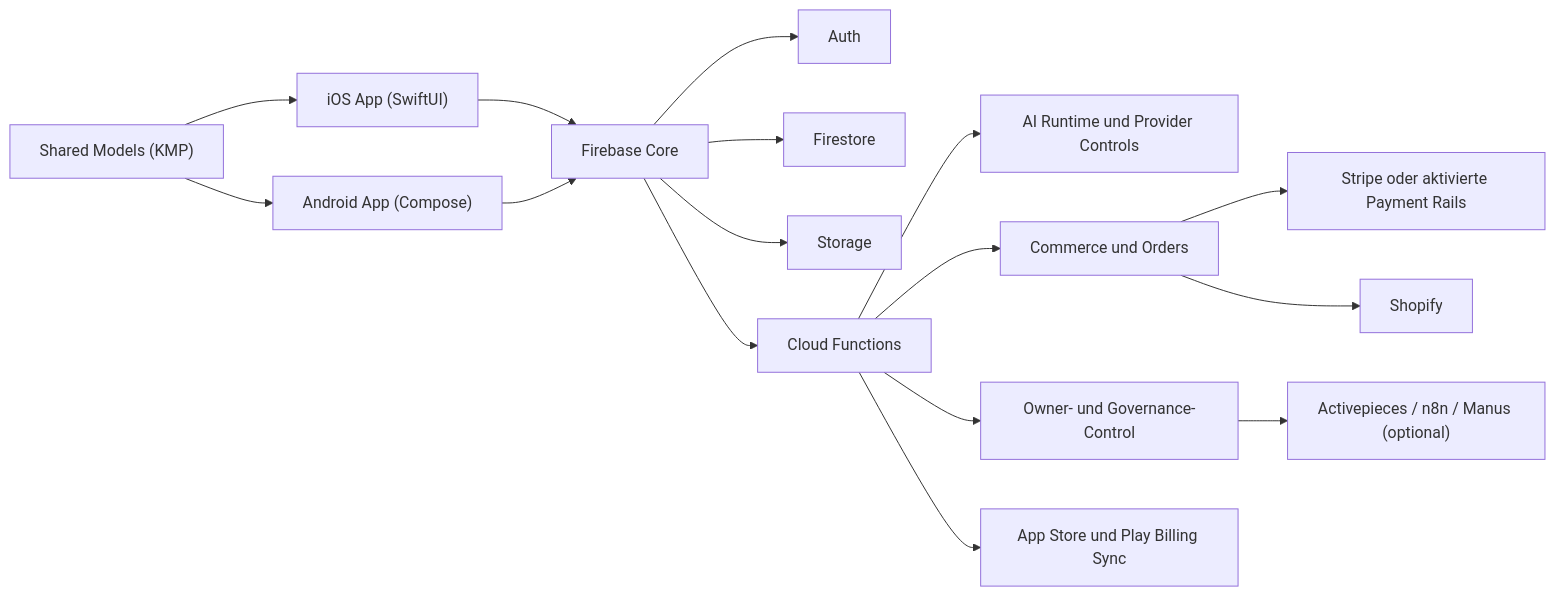
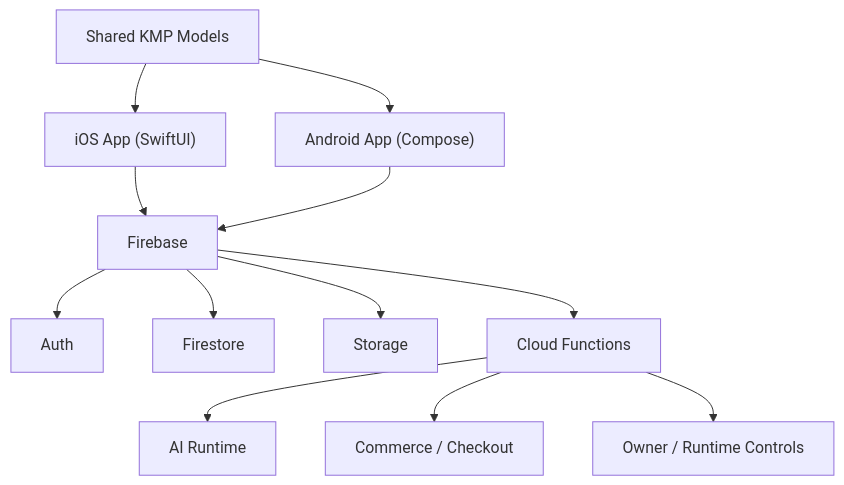
One commit to Yang-D-Nash/SkyOS-Readme-Public changed the fifth of 6 diagrams in README.md. Above: the diagram before and after it, drawn with Mermaid. The commit also changed other lines of this file, not shown here.

First line of the commit message:
docs(readme): add full product and architecture documentation

````diff
--- a/README.md
+++ b/README.md
@@ -97,18 +271,14 @@
 ```mermaid
-flowchart LR
-    iOS["iOS App (SwiftUI)"] --> Firebase["Firebase Core"]
-    Android["Android App (Compose)"] --> Firebase
-    Shared["Shared Models (KMP)"] --> iOS
-    Shared --> Android
-    Firebase --> Auth["Auth"]
-    Firebase --> Firestore["Firestore"]
-    Firebase --> Storage["Storage"]
-    Firebase --> Functions["Cloud Functions"]
-    Functions --> AI["AI Runtime und Provider Controls"]
-    Functions --> Commerce["Commerce und Orders"]
-    Functions --> Ops["Owner- und Governance-Control"]
-    Commerce --> Stripe["Stripe oder aktivierte Payment Rails"]
-    Commerce --> Shopify["Shopify"]
-    Ops --> External["Activepieces / n8n / Manus (optional)"]
-    Functions --> Stores["App Store und Play Billing Sync"]
+flowchart TB
+    ios["iOS App (SwiftUI)"] --> firebase["Firebase"]
+    android["Android App (Compose)"] --> firebase
+    shared["Shared KMP Models"] --> ios
+    shared --> android
+    firebase --> auth["Auth"]
+    firebase --> firestore["Firestore"]
+    firebase --> storage["Storage"]
+    firebase --> functions["Cloud Functions"]
+    functions --> ai["AI Runtime"]
+    functions --> commerce["Commerce / Checkout"]
+    functions --> ops["Owner / Runtime Controls"]
 ```
````
